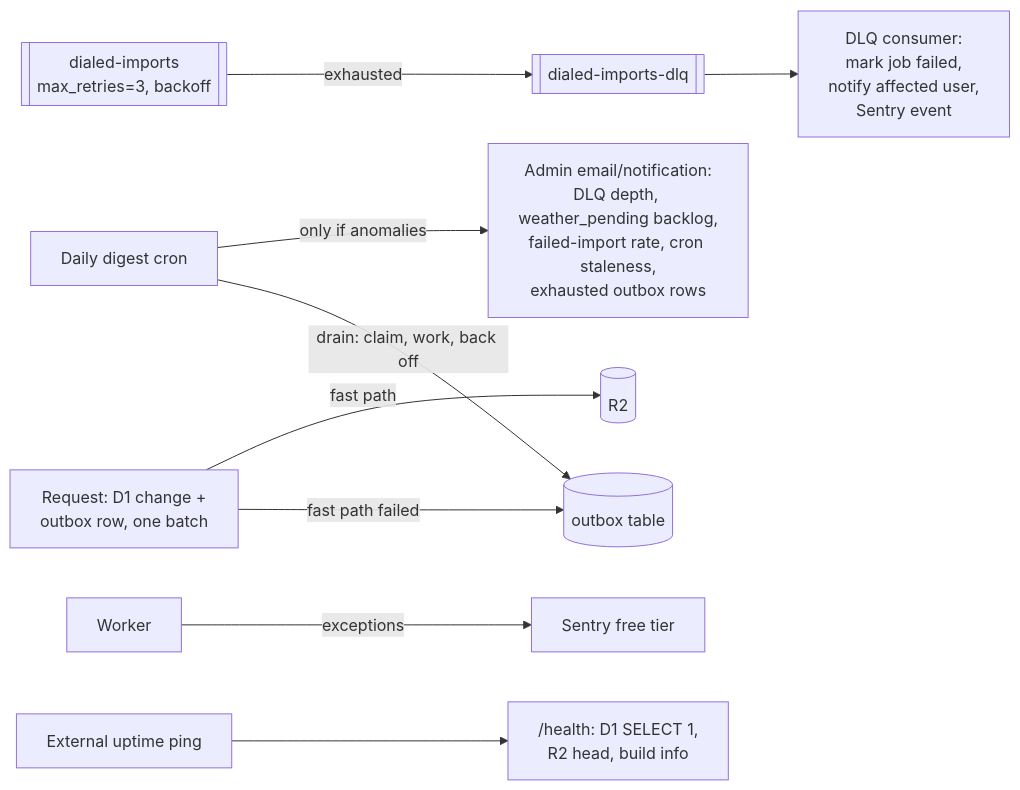
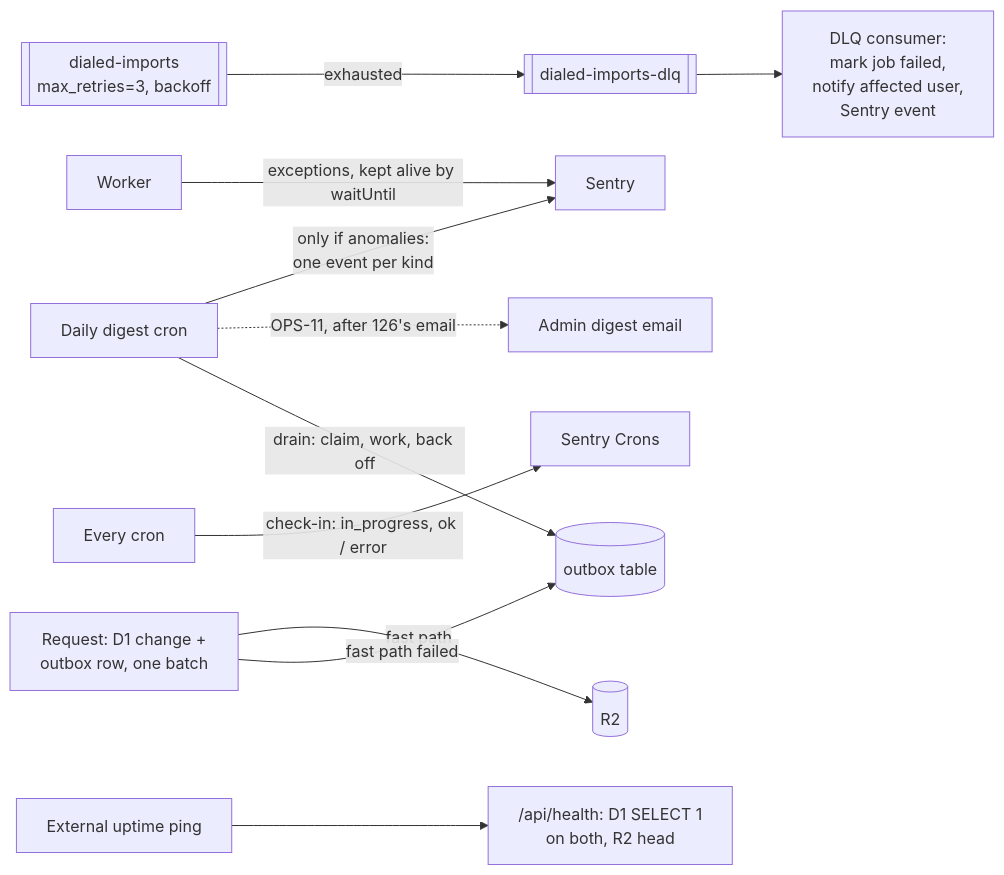
The fourth of 4 diagrams in docs/architecture.md (ddteeter/dialed.run), drawn with Mermaid before and after one commit. The commit also changed other lines of this file and 71 other files, not shown here.

First line of the commit message:
Task 125: ops & platform — Sentry delivers, cron check-ins, Turnstile, weather at 1 record/hour, the Desk, headers, icons, OG cards (#112)

````diff
--- a/docs/architecture.md
+++ b/docs/architecture.md
@@ -352,11 +358,13 @@
 ```mermaid
 flowchart LR
     Q[[dialed-imports\nmax_retries=3, backoff]] -->|exhausted| DLQ[[dialed-imports-dlq]]
     DLQ --> DC[DLQ consumer:\nmark job failed,\nnotify affected user,\nSentry event]
-    CRON2[Daily digest cron] -->|only if anomalies| ADMIN[Admin email/notification:\nDLQ depth, weather_pending backlog,\nfailed-import rate, cron staleness,\nexhausted outbox rows]
+    CRON2[Daily digest cron] -->|only if anomalies:\none event per kind| SENTRY
+    CRON2 -.->|OPS-11, after 126's email| ADMIN[Admin digest email]
+    CRONS[Every cron] -->|check-in: in_progress, ok / error| CRONMON[Sentry Crons]
     REQ[Request: D1 change +\noutbox row, one batch] -->|fast path| R2[(R2)]
     REQ -->|fast path failed| OB[(outbox table)]
     CRON2 -->|drain: claim, work, back off| OB
-    W[Worker] -->|exceptions| SENTRY[Sentry free tier]
-    PING[External uptime ping] --> HEALTH["/health: D1 SELECT 1,\nR2 head, build info"]
+    W[Worker] -->|exceptions, kept alive by waitUntil| SENTRY[Sentry]
+    PING[External uptime ping] --> HEALTH["/api/health: D1 SELECT 1\non both, R2 head"]
 ```
````
